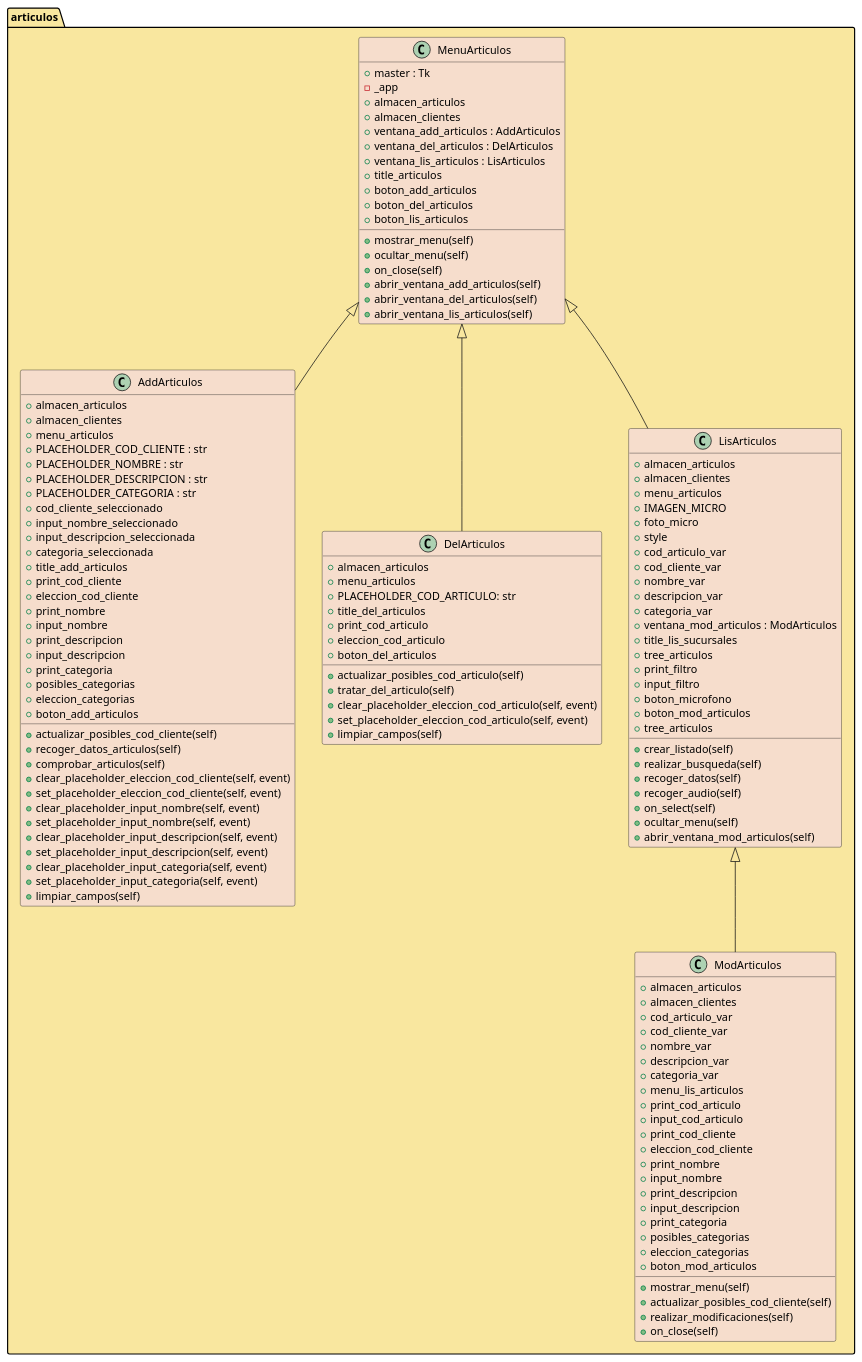
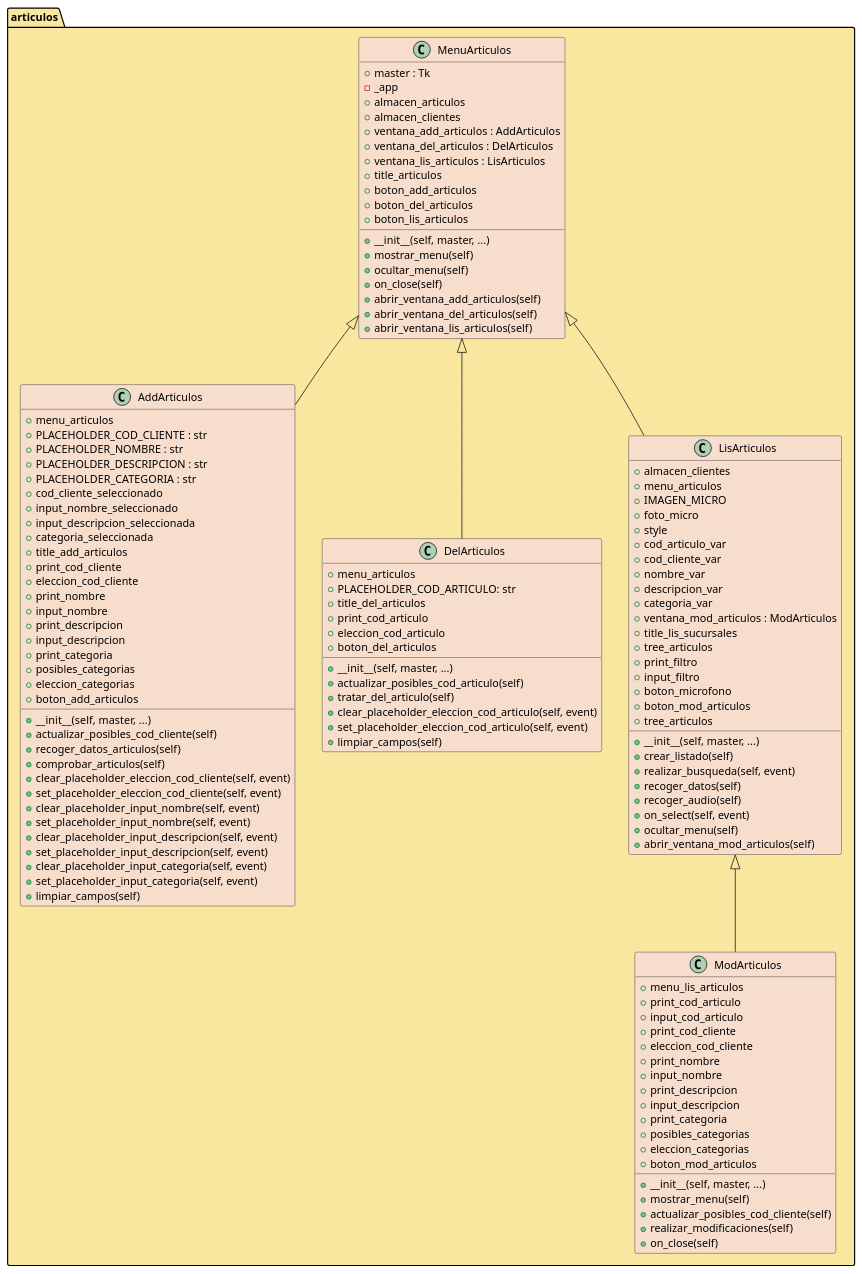
The diagram in docs/puml/articulos.puml (HuGymsForMe/hmnlogistics), drawn with PlantUML before and after one commit. The commit also changed 94 other files, not shown here.

```diff
--- a/docs/puml/articulos.puml
+++ b/docs/puml/articulos.puml
@@ -1,134 +1,128 @@
 @startuml articulos
 
 package articulos <<Folder>> #F9E79F {
     MenuArticulos <|-- AddArticulos
     MenuArticulos <|-- DelArticulos
     MenuArticulos <|-- LisArticulos
     LisArticulos <|-- ModArticulos
 
     class MenuArticulos #F6DDCC{
         + master : Tk
         - _app
         + almacen_articulos
         + almacen_clientes
         + ventana_add_articulos : AddArticulos
         + ventana_del_articulos : DelArticulos
         + ventana_lis_articulos : LisArticulos
         + title_articulos
         + boton_add_articulos
         + boton_del_articulos
         + boton_lis_articulos
+        + __init__(self, master, ...)
         + mostrar_menu(self)
         + ocultar_menu(self)
         + on_close(self)
         + abrir_ventana_add_articulos(self)
         + abrir_ventana_del_articulos(self)
         + abrir_ventana_lis_articulos(self)   
 }
     class AddArticulos #F6DDCC{
-        + almacen_articulos
-        + almacen_clientes
         + menu_articulos
         + PLACEHOLDER_COD_CLIENTE : str
         + PLACEHOLDER_NOMBRE : str
         + PLACEHOLDER_DESCRIPCION : str
         + PLACEHOLDER_CATEGORIA : str
         + cod_cliente_seleccionado
         + input_nombre_seleccionado
         + input_descripcion_seleccionada
         + categoria_seleccionada
         + title_add_articulos
         + print_cod_cliente
         + eleccion_cod_cliente
         + print_nombre
         + input_nombre
         + print_descripcion
         + input_descripcion
         + print_categoria
         + posibles_categorias
         + eleccion_categorias
         + boton_add_articulos
+        + __init__(self, master, ...)
         + actualizar_posibles_cod_cliente(self)
         + recoger_datos_articulos(self)
         + comprobar_articulos(self)
         + clear_placeholder_eleccion_cod_cliente(self, event)
         + set_placeholder_eleccion_cod_cliente(self, event)
         + clear_placeholder_input_nombre(self, event)
         + set_placeholder_input_nombre(self, event)
         + clear_placeholder_input_descripcion(self, event)
         + set_placeholder_input_descripcion(self, event)
         + clear_placeholder_input_categoria(self, event)
         + set_placeholder_input_categoria(self, event)
         + limpiar_campos(self)
 
 }
     class DelArticulos #F6DDCC{
-        + almacen_articulos
         + menu_articulos
         + PLACEHOLDER_COD_ARTICULO: str
         + title_del_articulos
         + print_cod_articulo
         + eleccion_cod_articulo
         + boton_del_articulos
+        + __init__(self, master, ...)
         + actualizar_posibles_cod_articulo(self)
         + tratar_del_articulo(self)
         + clear_placeholder_eleccion_cod_articulo(self, event)
         + set_placeholder_eleccion_cod_articulo(self, event)
         + limpiar_campos(self)
 }
     class LisArticulos #F6DDCC{
-        + almacen_articulos
         + almacen_clientes
         + menu_articulos
         + IMAGEN_MICRO
         + foto_micro
         + style
         + cod_articulo_var
         + cod_cliente_var
         + nombre_var
         + descripcion_var
         + categoria_var
         + ventana_mod_articulos : ModArticulos
         + title_lis_sucursales
         + tree_articulos
         + print_filtro
         + input_filtro
         + boton_microfono
         + boton_mod_articulos
         + tree_articulos
+        + __init__(self, master, ...)
         + crear_listado(self)
-        + realizar_busqueda(self)
+        + realizar_busqueda(self, event)
         + recoger_datos(self)
         + recoger_audio(self)
-        + on_select(self)
+        + on_select(self, event)
         + ocultar_menu(self)
         + abrir_ventana_mod_articulos(self)
 }
     class ModArticulos #F6DDCC{
-        + almacen_articulos
-        + almacen_clientes
-        + cod_articulo_var
-        + cod_cliente_var
-        + nombre_var
-        + descripcion_var
-        + categoria_var
         + menu_lis_articulos
         + print_cod_articulo
         + input_cod_articulo
         + print_cod_cliente
         + eleccion_cod_cliente
         + print_nombre
         + input_nombre
         + print_descripcion
         + input_descripcion
         + print_categoria
         + posibles_categorias
         + eleccion_categorias
         + boton_mod_articulos
+        + __init__(self, master, ...)
         + mostrar_menu(self)
         + actualizar_posibles_cod_cliente(self)
         + realizar_modificaciones(self)
         + on_close(self)
     }
 }
 @enduml
```
